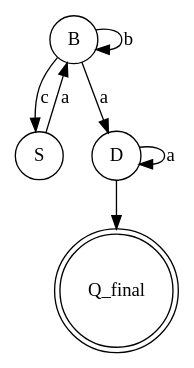
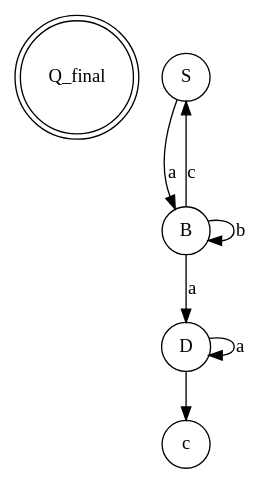
The diagram in 1-regular-grammar/graph/script.dot (YoDineeee/DSL_Laboratory_works), drawn with Graphviz before and after one commit. The commit also changed 47 other files, not shown here.

```diff
--- a/1-regular-grammar/graph/script.dot
+++ b/1-regular-grammar/graph/script.dot
@@ -1,16 +1,16 @@
 digraph FA {
     
     node [shape = doublecircle];
     Q_final;
 
     
     node [shape = circle];
 
    
     S -> B [label = "a"];
     B -> B [label = "b"];
     B -> S [label = "c"];
     B -> D [label = "a"];
     D -> D [label = "a"];
-    D -> Q_final;
+    D -> c;
 }
```
